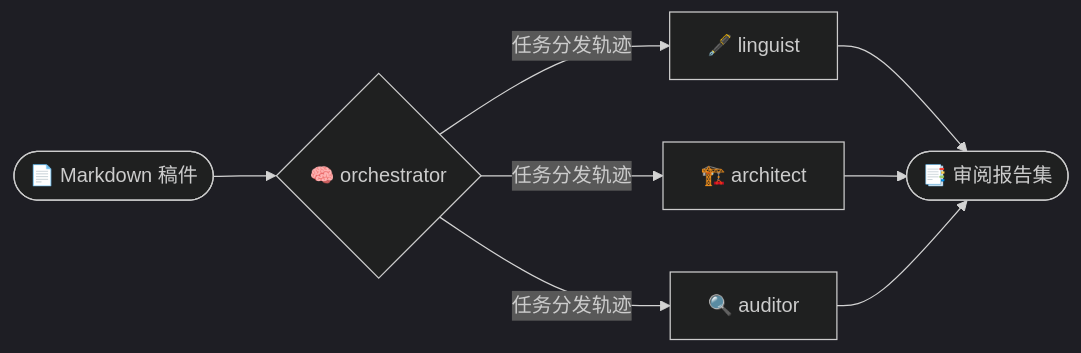
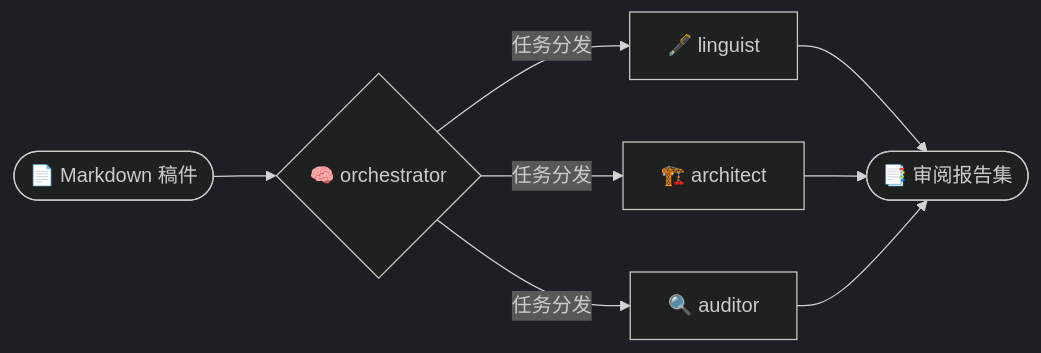
Before and after one commit to Jidi1997/academic-auto-reviewer: the diagram in README_zh.md, drawn with Mermaid (dark theme). The commit also changed other lines of this file and 1 other file, not shown here.

Commit message:
Docs: Emphasise capacity for large-scale manuscript analysis

````diff
--- a/README_zh.md
+++ b/README_zh.md
@@ -43,8 +43,8 @@
 ```mermaid
 graph LR
     Input(["📄 Markdown 稿件"]) --> orchestrator{"🧠 orchestrator"}
-    orchestrator -->|"任务分发轨迹"| linguist["🖋️ linguist"]
-    orchestrator -->|"任务分发轨迹"| architect["🏗️ architect"]
-    orchestrator -->|"任务分发轨迹"| auditor["🔍 auditor"]
+    orchestrator -->|"任务分发"| linguist["🖋️ linguist"]
+    orchestrator -->|"任务分发"| architect["🏗️ architect"]
+    orchestrator -->|"任务分发"| auditor["🔍 auditor"]
     linguist & architect & auditor --> Output(["📑 审阅报告集"])
 ```
````
